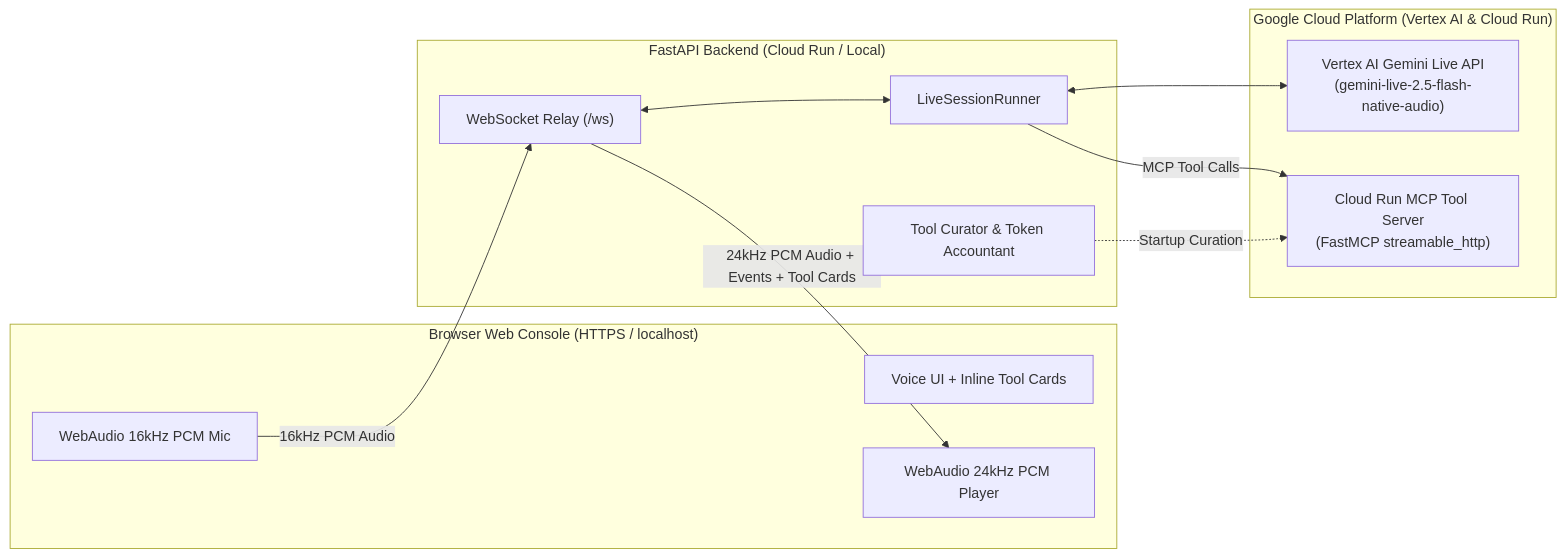
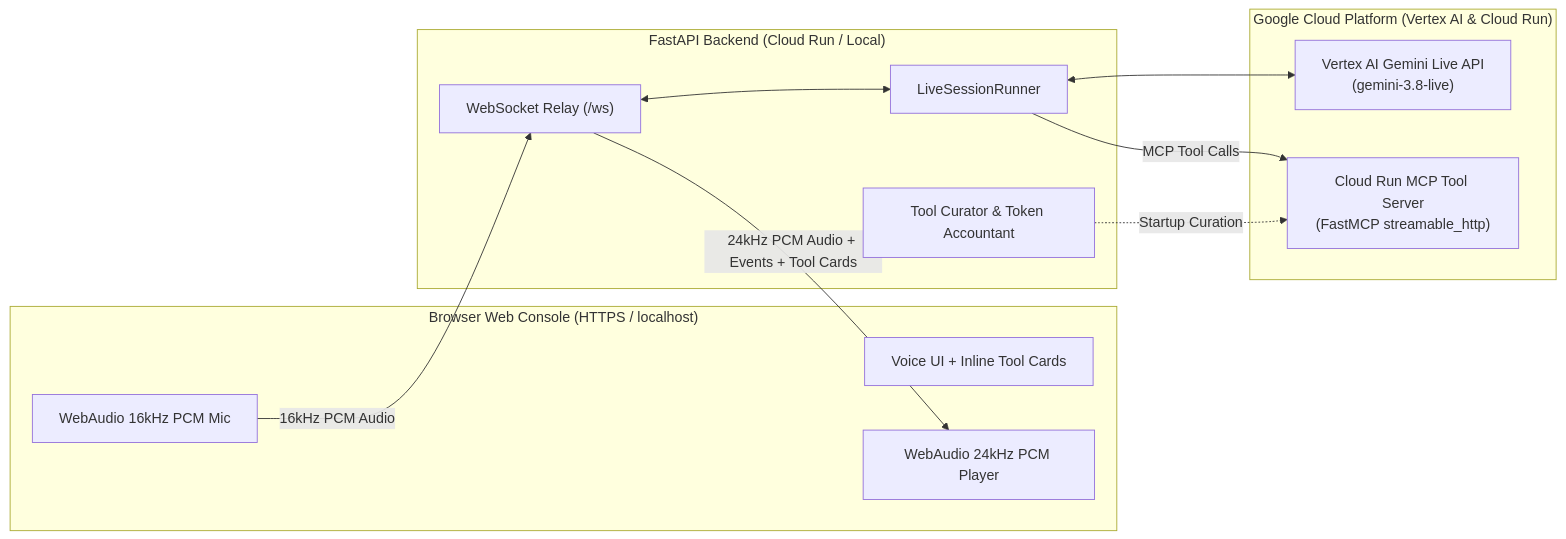
Before and after one commit to ajiteshk-G/live-boilerplate: the diagram in README.md, drawn with Mermaid. The commit also changed other lines of this file and 15 other files, not shown here.

Commit message:
feat: upgrade to Gemini 3.8 Live with Vertex AI Live API best practices

````diff
--- a/README.md
+++ b/README.md
@@ -26,26 +26,26 @@
 ```mermaid
 flowchart LR
     subgraph Browser["Browser Web Console (HTTPS / localhost)"]
         UI["Voice UI + Inline Tool Cards"]
         Mic["WebAudio 16kHz PCM Mic"]
         Speaker["WebAudio 24kHz PCM Player"]
     end
 
     subgraph App["FastAPI Backend (Cloud Run / Local)"]
         WS["WebSocket Relay (/ws)"]
         Runner["LiveSessionRunner"]
         Curator["Tool Curator & Token Accountant"]
     end
 
     subgraph GCP["Google Cloud Platform (Vertex AI & Cloud Run)"]
-        LiveAPI["Vertex AI Gemini Live API\n(gemini-live-2.5-flash-native-audio)"]
+        LiveAPI["Vertex AI Gemini Live API\n(gemini-3.8-live)"]
         MCP["Cloud Run MCP Tool Server\n(FastMCP streamable_http)"]
     end
 
     Mic -- "16kHz PCM Audio" --> WS
     WS -- "24kHz PCM Audio + Events + Tool Cards" --> Speaker
     WS <--> Runner
     Runner <--> LiveAPI
     Runner -- "MCP Tool Calls" --> MCP
     Curator -. "Startup Curation" .-> MCP
 ```
````
